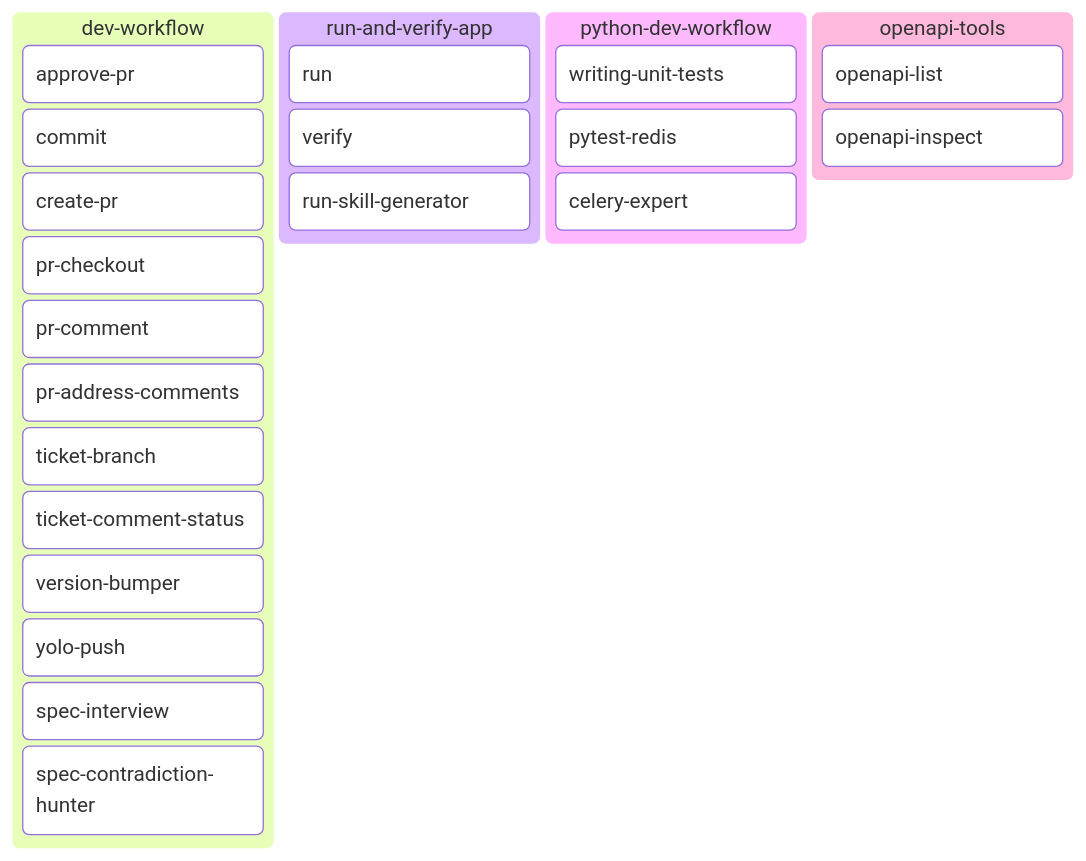
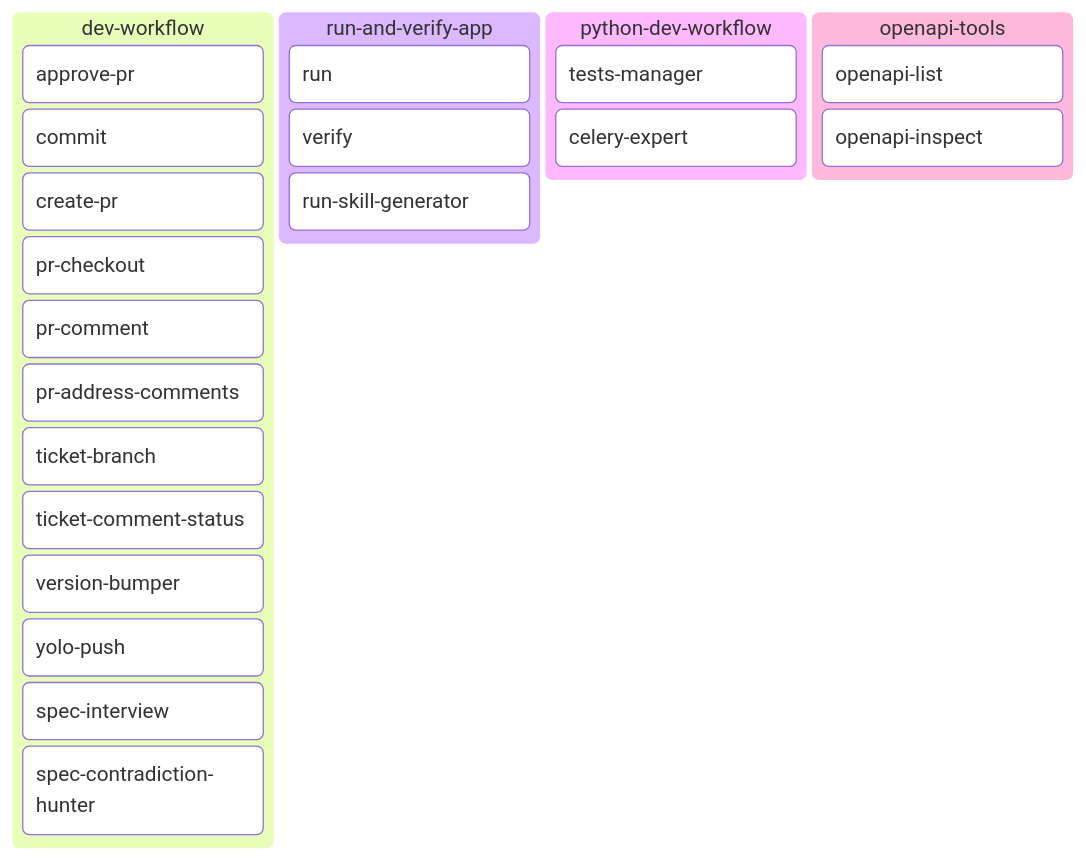
The third of 4 diagrams in README.md (Alex-Kopylov/zweihander), drawn with Mermaid before and after one commit. The commit also changed other lines of this file and 21 other files, not shown here.

Commit message:
feat(python-dev-workflow): add tests manager skill

````diff
--- a/README.md
+++ b/README.md
@@ -56,27 +56,26 @@
 ```mermaid
 kanban
   dev_workflow[dev-workflow]
     dw_approve_pr[approve-pr]
     dw_commit[commit]
     dw_create_pr[create-pr]
     dw_pr_checkout[pr-checkout]
     dw_pr_comment[pr-comment]
     dw_pr_address_comments[pr-address-comments]
     dw_ticket_branch[ticket-branch]
     dw_ticket_comment_status[ticket-comment-status]
     dw_version_bumper[version-bumper]
     dw_yolo_push[yolo-push]
     dw_spec_interview[spec-interview]
     dw_spec_contradiction_hunter[spec-contradiction-hunter]
   run_and_verify_app[run-and-verify-app]
     rva_run[run]
     rva_verify[verify]
     rva_run_skill_generator[run-skill-generator]
   python_dev_workflow[python-dev-workflow]
-    pdw_writing_unit_tests[writing-unit-tests]
-    pdw_pytest_redis[pytest-redis]
+    pdw_tests_manager[tests-manager]
     pdw_celery_expert[celery-expert]
   openapi_tools[openapi-tools]
     oat_openapi_list[openapi-list]
     oat_openapi_inspect[openapi-inspect]
 ```
````
